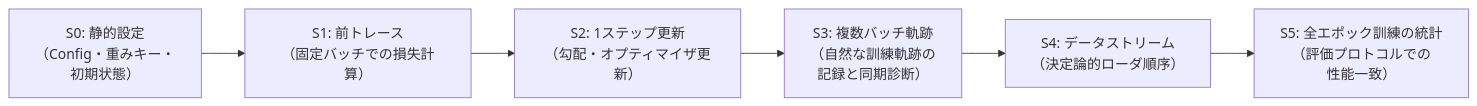
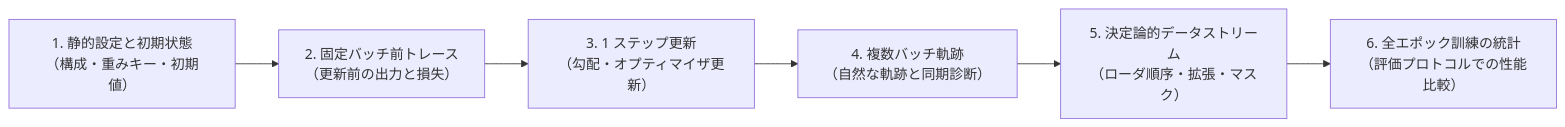
One commit to shunk031/zenn-contents changed the third of 3 diagrams in articles/design-generators-harness.md. Above: the diagram before and after it, drawn with Mermaid. The commit also changed other lines of this file, not shown here.

````diff
--- a/articles/design-generators-harness.md
+++ b/articles/design-generators-harness.md
@@ -161,11 +154,11 @@
 ```mermaid
 flowchart LR
-    S0["S0: 静的設定<br>（Config・重みキー・<br>初期状態）"]
-    S1["S1: 前トレース<br>（固定バッチでの損失計算）"]
-    S2["S2: 1ステップ更新<br>（勾配・オプティマイザ更新）"]
-    S3["S3: 複数バッチ軌跡<br>（自然な訓練軌跡の<br>記録と同期診断）"]
-    S4["S4: データストリーム<br>（決定論的ローダ順序）"]
-    S5["S5: 全エポック訓練の統計<br>（評価プロトコルでの<br>性能一致）"]
+    Step1["1. 静的設定と初期状態<br>（構成・重みキー・初期値）"]
+    Step2["2. 固定バッチ前トレース<br>（更新前の出力と損失）"]
+    Step3["3. 1 ステップ更新<br>（勾配・オプティマイザ更新）"]
+    Step4["4. 複数バッチ軌跡<br>（自然な軌跡と同期診断）"]
+    Step5["5. 決定論的データストリーム<br>（ローダ順序・拡張・マスク）"]
+    Step6["6. 全エポック訓練の統計<br>（評価プロトコルでの性能比較）"]
 
-    S0 --> S1 --> S2 --> S3 --> S4 --> S5
+    Step1 --> Step2 --> Step3 --> Step4 --> Step5 --> Step6
 ```
````
